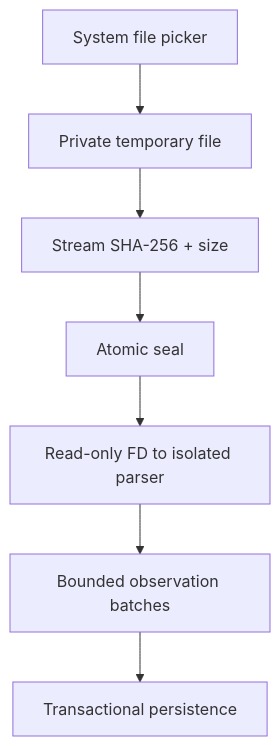
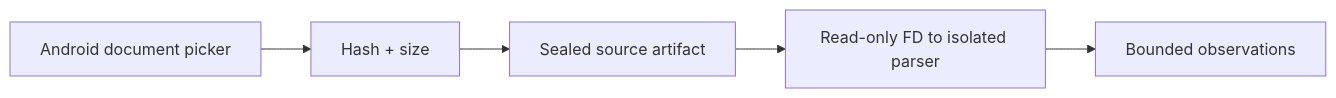
One commit to charifmahmoudi/mobile-ot-security-assessment changed the second of 2 diagrams in docs/architecture/NETWORK-EXECUTION.md. Above: the diagram before and after it, drawn with Mermaid. The commit also changed other lines of this file and 37 other files, not shown here.

````diff
--- a/docs/architecture/NETWORK-EXECUTION.md
+++ b/docs/architecture/NETWORK-EXECUTION.md
@@ -240,9 +150,7 @@
 ```mermaid
-flowchart TD
-  PICK["System file picker"] --> TEMP["Private temporary file"]
-  TEMP --> HASH["Stream SHA-256 + size"]
-  HASH --> SEAL["Atomic seal"]
-  SEAL --> PARSE["Read-only FD to isolated parser"]
-  PARSE --> OBS["Bounded observation batches"]
-  OBS --> DB["Transactional persistence"]
+flowchart LR
+  PICK["Android document picker"] --> HASH["Hash + size"]
+  HASH --> SEAL["Sealed source artifact"]
+  SEAL --> PARSER["Read-only FD to isolated parser"]
+  PARSER --> OBS["Bounded observations"]
 ```
````
